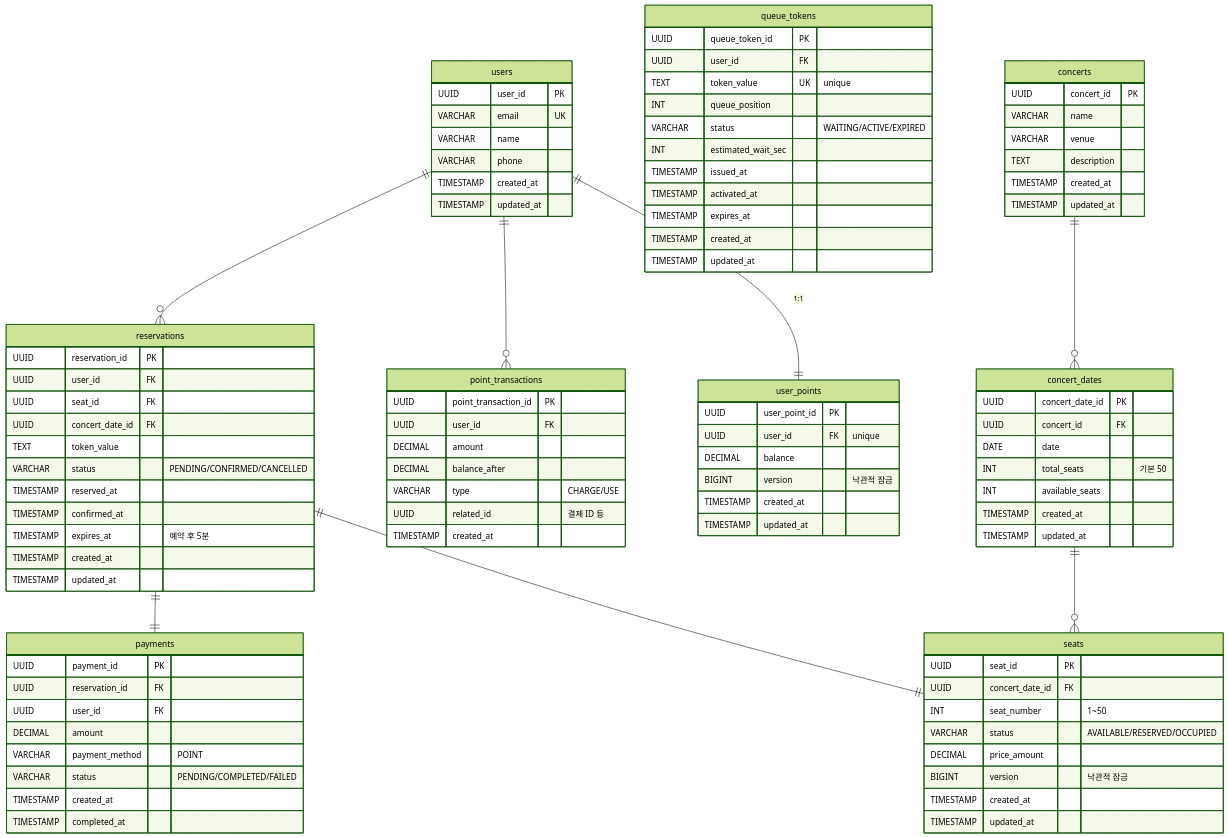
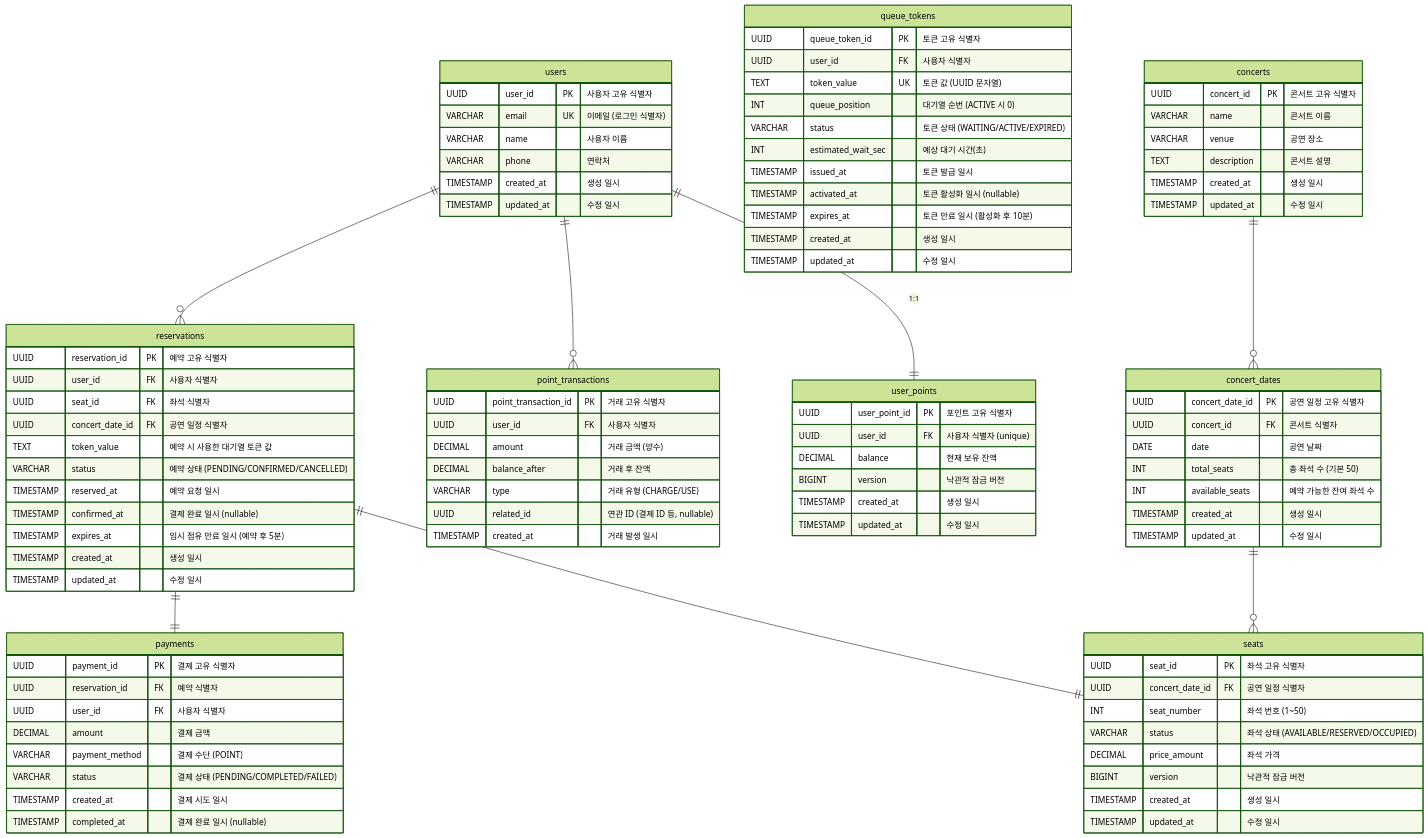
The diagram in docs/03.ERD.md (jhwon91/concert-reservation-system), drawn with Mermaid (forest theme) before and after one commit.

Commit message:
docs: ERD 코멘트 추가

````diff
--- a/docs/03.ERD.md
+++ b/docs/03.ERD.md
@@ -3,100 +3,100 @@
 ```mermaid
 erDiagram
     users {
-        UUID user_id PK
-        VARCHAR email UK
-        VARCHAR name
-        VARCHAR phone
-        TIMESTAMP created_at
-        TIMESTAMP updated_at
+        UUID user_id PK "사용자 고유 식별자"
+        VARCHAR email UK "이메일 (로그인 식별자)"
+        VARCHAR name "사용자 이름"
+        VARCHAR phone "연락처"
+        TIMESTAMP created_at "생성 일시"
+        TIMESTAMP updated_at "수정 일시"
     }
 
     user_points {
-        UUID user_point_id PK
-        UUID user_id FK "unique"
-        DECIMAL balance
-        BIGINT version "낙관적 잠금"
-        TIMESTAMP created_at
-        TIMESTAMP updated_at
+        UUID user_point_id PK "포인트 고유 식별자"
+        UUID user_id FK "사용자 식별자 (unique)"
+        DECIMAL balance "현재 보유 잔액"
+        BIGINT version "낙관적 잠금 버전"
+        TIMESTAMP created_at "생성 일시"
+        TIMESTAMP updated_at "수정 일시"
     }
 
     point_transactions {
-        UUID point_transaction_id PK
-        UUID user_id FK
-        DECIMAL amount
-        DECIMAL balance_after
-        VARCHAR type "CHARGE/USE"
-        UUID related_id "결제 ID 등"
-        TIMESTAMP created_at
+        UUID point_transaction_id PK "거래 고유 식별자"
+        UUID user_id FK "사용자 식별자"
+        DECIMAL amount "거래 금액 (양수)"
+        DECIMAL balance_after "거래 후 잔액"
+        VARCHAR type "거래 유형 (CHARGE/USE)"
+        UUID related_id "연관 ID (결제 ID 등, nullable)"
+        TIMESTAMP created_at "거래 발생 일시"
     }
 
     queue_tokens {
-        UUID queue_token_id PK
-        UUID user_id FK
-        TEXT token_value UK "unique"
-        INT queue_position
-        VARCHAR status "WAITING/ACTIVE/EXPIRED"
-        INT estimated_wait_sec
-        TIMESTAMP issued_at
-        TIMESTAMP activated_at
-        TIMESTAMP expires_at
-        TIMESTAMP created_at
-        TIMESTAMP updated_at
+        UUID queue_token_id PK "토큰 고유 식별자"
+        UUID user_id FK "사용자 식별자"
+        TEXT token_value UK "토큰 값 (UUID 문자열)"
+        INT queue_position "대기열 순번 (ACTIVE 시 0)"
+        VARCHAR status "토큰 상태 (WAITING/ACTIVE/EXPIRED)"
+        INT estimated_wait_sec "예상 대기 시간(초)"
+        TIMESTAMP issued_at "토큰 발급 일시"
+        TIMESTAMP activated_at "토큰 활성화 일시 (nullable)"
+        TIMESTAMP expires_at "토큰 만료 일시 (활성화 후 10분)"
+        TIMESTAMP created_at "생성 일시"
+        TIMESTAMP updated_at "수정 일시"
     }
 
     concerts {
-        UUID concert_id PK
-        VARCHAR name
-        VARCHAR venue
-        TEXT description
-        TIMESTAMP created_at
-        TIMESTAMP updated_at
+        UUID concert_id PK "콘서트 고유 식별자"
+        VARCHAR name "콘서트 이름"
+        VARCHAR venue "공연 장소"
+        TEXT description "콘서트 설명"
+        TIMESTAMP created_at "생성 일시"
+        TIMESTAMP updated_at "수정 일시"
     }
 
     concert_dates {
-        UUID concert_date_id PK
-        UUID concert_id FK
-        DATE date
-        INT total_seats "기본 50"
-        INT available_seats
-        TIMESTAMP created_at
-        TIMESTAMP updated_at
+        UUID concert_date_id PK "공연 일정 고유 식별자"
+        UUID concert_id FK "콘서트 식별자"
+        DATE date "공연 날짜"
+        INT total_seats "총 좌석 수 (기본 50)"
+        INT available_seats "예약 가능한 잔여 좌석 수"
+        TIMESTAMP created_at "생성 일시"
+        TIMESTAMP updated_at "수정 일시"
     }
 
     seats {
-        UUID seat_id PK
-        UUID concert_date_id FK
-        INT seat_number "1~50"
-        VARCHAR status "AVAILABLE/RESERVED/OCCUPIED"
-        DECIMAL price_amount
-        BIGINT version "낙관적 잠금"
-        TIMESTAMP created_at
-        TIMESTAMP updated_at
+        UUID seat_id PK "좌석 고유 식별자"
+        UUID concert_date_id FK "공연 일정 식별자"
+        INT seat_number "좌석 번호 (1~50)"
+        VARCHAR status "좌석 상태 (AVAILABLE/RESERVED/OCCUPIED)"
+        DECIMAL price_amount "좌석 가격"
+        BIGINT version "낙관적 잠금 버전"
+        TIMESTAMP created_at "생성 일시"
+        TIMESTAMP updated_at "수정 일시"
     }
 
     reservations {
-        UUID reservation_id PK
-        UUID user_id FK
-        UUID seat_id FK
-        UUID concert_date_id FK
-        TEXT token_value
-        VARCHAR status "PENDING/CONFIRMED/CANCELLED"
-        TIMESTAMP reserved_at
-        TIMESTAMP confirmed_at
-        TIMESTAMP expires_at "예약 후 5분"
-        TIMESTAMP created_at
-        TIMESTAMP updated_at
+        UUID reservation_id PK "예약 고유 식별자"
+        UUID user_id FK "사용자 식별자"
+        UUID seat_id FK "좌석 식별자"
+        UUID concert_date_id FK "공연 일정 식별자"
+        TEXT token_value "예약 시 사용한 대기열 토큰 값"
+        VARCHAR status "예약 상태 (PENDING/CONFIRMED/CANCELLED)"
+        TIMESTAMP reserved_at "예약 요청 일시"
+        TIMESTAMP confirmed_at "결제 완료 일시 (nullable)"
+        TIMESTAMP expires_at "임시 점유 만료 일시 (예약 후 5분)"
+        TIMESTAMP created_at "생성 일시"
+        TIMESTAMP updated_at "수정 일시"
     }
 
     payments {
-        UUID payment_id PK
-        UUID reservation_id FK
-        UUID user_id FK
-        DECIMAL amount
-        VARCHAR payment_method "POINT"
-        VARCHAR status "PENDING/COMPLETED/FAILED"
-        TIMESTAMP created_at
-        TIMESTAMP completed_at
+        UUID payment_id PK "결제 고유 식별자"
+        UUID reservation_id FK "예약 식별자"
+        UUID user_id FK "사용자 식별자"
+        DECIMAL amount "결제 금액"
+        VARCHAR payment_method "결제 수단 (POINT)"
+        VARCHAR status "결제 상태 (PENDING/COMPLETED/FAILED)"
+        TIMESTAMP created_at "결제 시도 일시"
+        TIMESTAMP completed_at "결제 완료 일시 (nullable)"
     }
 
     users ||--|| user_points : "1:1"
````
